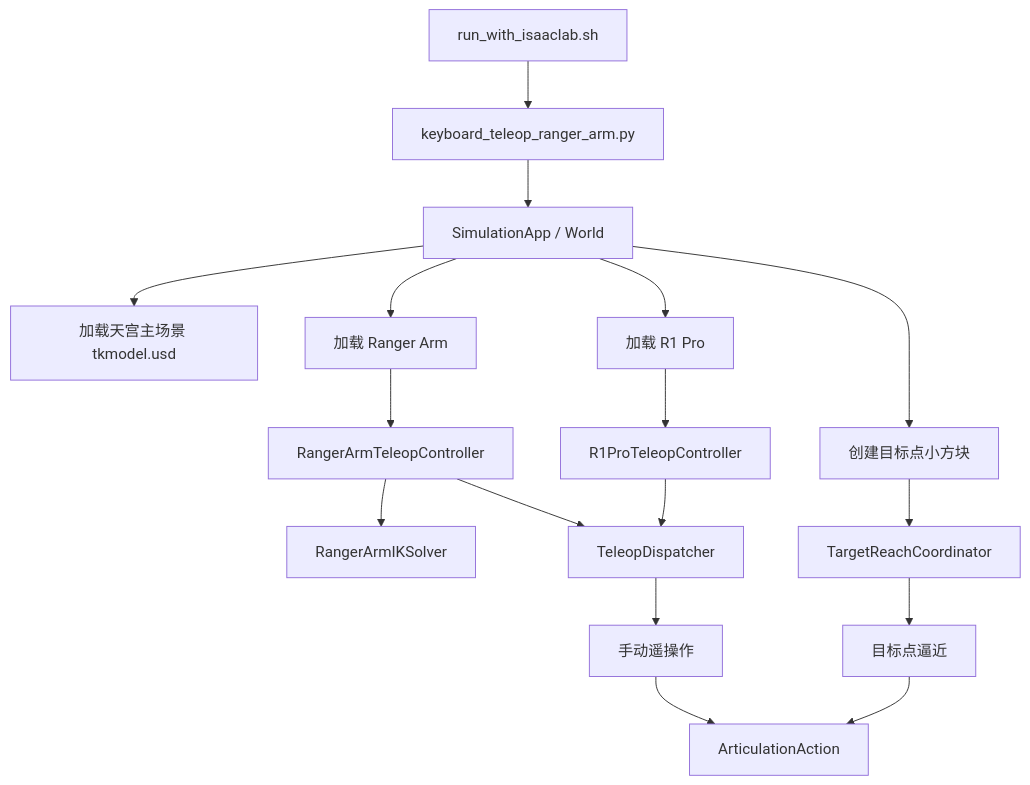
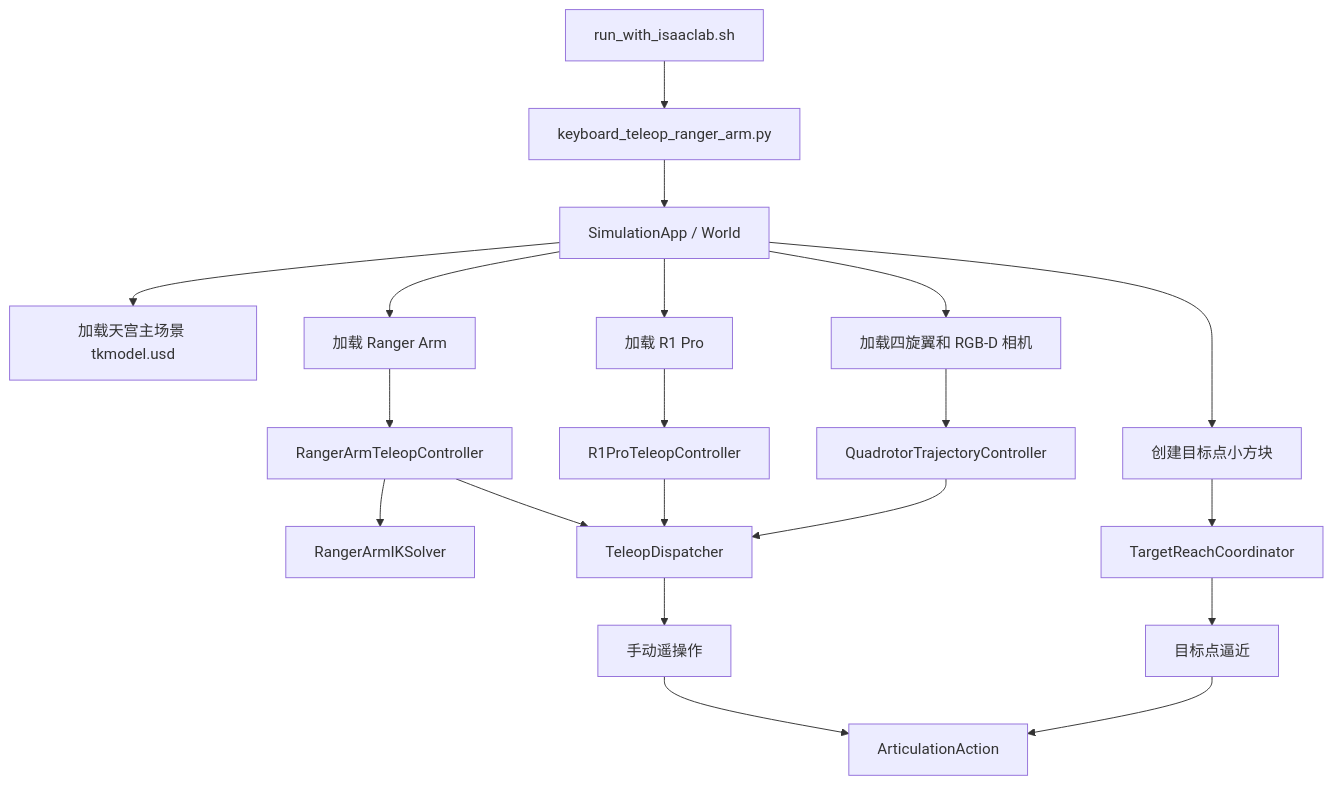
One commit to hjc0106/earth2moon-sim changed the first of 5 diagrams in docs/CALL_FLOW.md. Above: the diagram before and after it, drawn with Mermaid. The commit also changed other lines of this file and 11 other files, not shown here.

First line of the commit message:
Add 6-DOF physics quadrotor flight controller with SE3 geometric control

````diff
--- a/docs/CALL_FLOW.md
+++ b/docs/CALL_FLOW.md
@@ -26,23 +26,26 @@
 ```mermaid
 flowchart TD
     A[run_with_isaaclab.sh] --> B[keyboard_teleop_ranger_arm.py]
     B --> C[SimulationApp / World]
     C --> D[加载天宫主场景 tkmodel.usd]
     C --> E[加载 Ranger Arm]
     C --> F[加载 R1 Pro]
     C --> G[创建目标点小方块]
+    C --> Q[加载四旋翼和 RGB-D 相机]
 
     E --> H[RangerArmTeleopController]
     H --> I[RangerArmIKSolver]
 
     F --> J[R1ProTeleopController]
+    Q --> R[QuadrotorTrajectoryController]
 
     H --> K[TeleopDispatcher]
     J --> K
+    R --> K
     G --> L[TargetReachCoordinator]
 
     K --> M[手动遥操作]
     L --> N[目标点逼近]
     M --> O[ArticulationAction]
     N --> O
 ```
````
